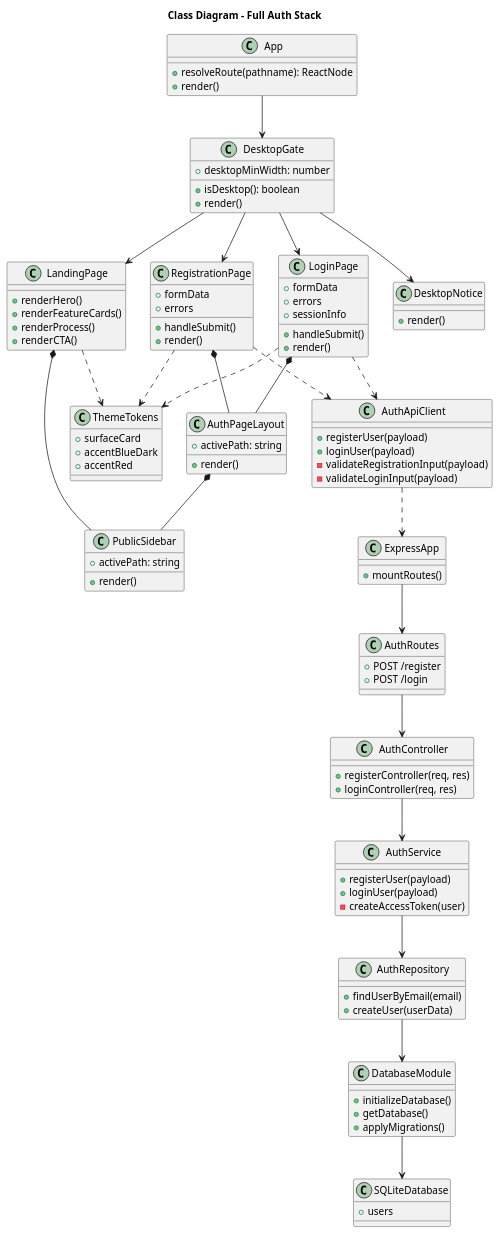
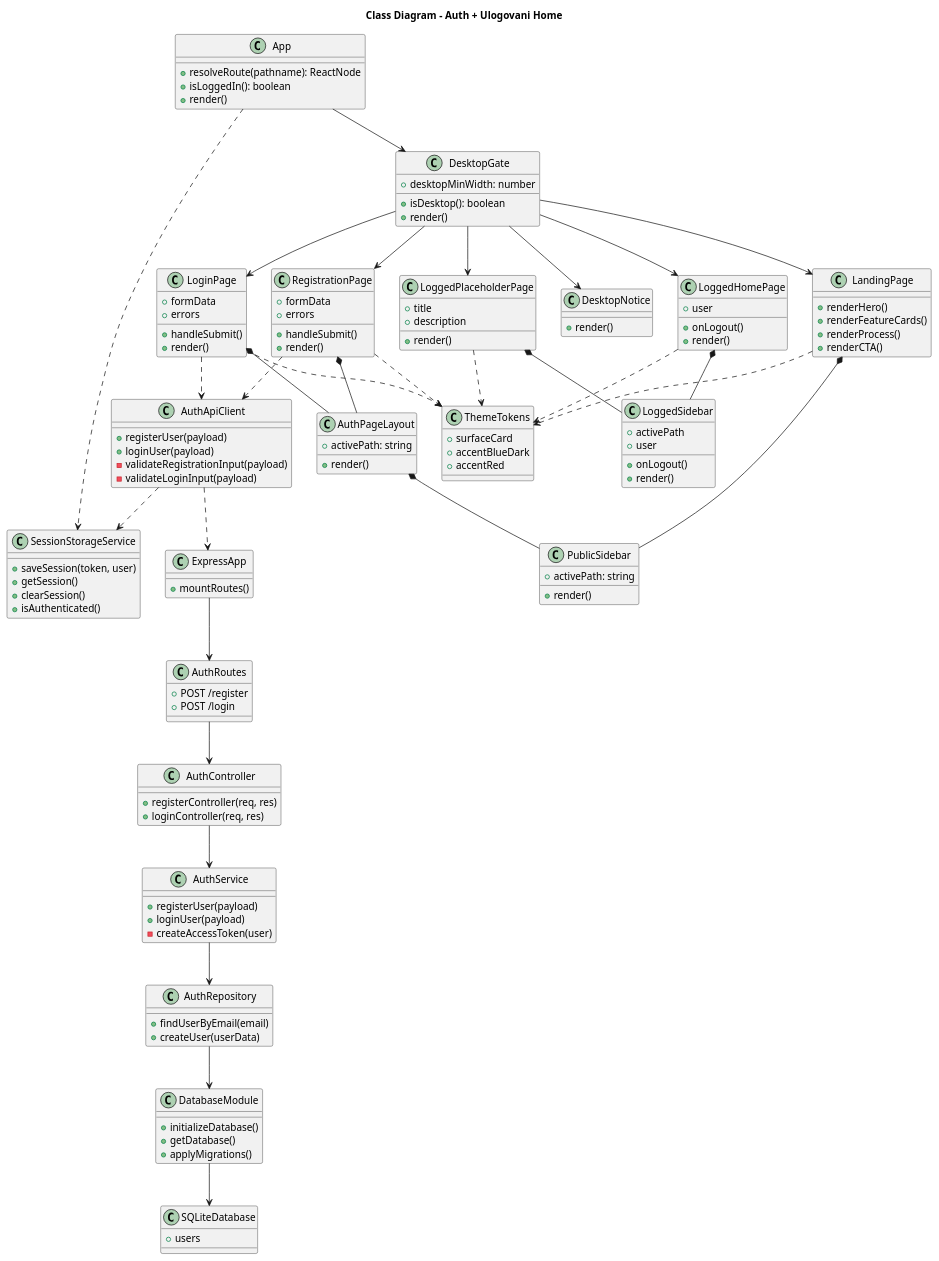
Before and after one commit to bagi002/INSPEKTOR: the diagram in Docs/architecture/class_diagram.puml, drawn with PlantUML. The commit also changed 17 other files, not shown here.

```diff
--- a/Docs/architecture/class_diagram.puml
+++ b/Docs/architecture/class_diagram.puml
@@ -1,124 +1,158 @@
 @startuml Class Diagram
-title Class Diagram - Full Auth Stack
+title Class Diagram - Auth + Ulogovani Home
 
 class App {
   +resolveRoute(pathname): ReactNode
+  +isLoggedIn(): boolean
   +render()
 }
 
 class DesktopGate {
   +desktopMinWidth: number
   +isDesktop(): boolean
   +render()
 }
 
 class LandingPage {
   +renderHero()
   +renderFeatureCards()
   +renderProcess()
   +renderCTA()
 }
 
 class RegistrationPage {
   +formData
   +errors
   +handleSubmit()
   +render()
 }
 
 class LoginPage {
   +formData
   +errors
-  +sessionInfo
   +handleSubmit()
   +render()
 }
 
 class AuthApiClient {
   +registerUser(payload)
   +loginUser(payload)
   -validateRegistrationInput(payload)
   -validateLoginInput(payload)
 }
 
 class AuthPageLayout {
   +activePath: string
   +render()
 }
 
 class PublicSidebar {
   +activePath: string
   +render()
+}
+
+class LoggedHomePage {
+  +user
+  +onLogout()
+  +render()
+}
+
+class LoggedSidebar {
+  +activePath
+  +user
+  +onLogout()
+  +render()
+}
+
+class LoggedPlaceholderPage {
+  +title
+  +description
+  +render()
+}
+
+class SessionStorageService {
+  +saveSession(token, user)
+  +getSession()
+  +clearSession()
+  +isAuthenticated()
 }
 
 class ExpressApp {
   +mountRoutes()
 }
 
 class AuthRoutes {
   +POST /register
   +POST /login
 }
 
 class AuthController {
   +registerController(req, res)
   +loginController(req, res)
 }
 
 class AuthService {
   +registerUser(payload)
   +loginUser(payload)
   -createAccessToken(user)
 }
 
 class AuthRepository {
   +findUserByEmail(email)
   +createUser(userData)
 }
 
 class DatabaseModule {
   +initializeDatabase()
   +getDatabase()
   +applyMigrations()
 }
 
 class SQLiteDatabase {
   +users
 }
 
 class DesktopNotice {
   +render()
 }
 
 class ThemeTokens {
   +surfaceCard
   +accentBlueDark
   +accentRed
 }
 
 App --> DesktopGate
 DesktopGate --> LandingPage
 DesktopGate --> RegistrationPage
 DesktopGate --> LoginPage
+DesktopGate --> LoggedHomePage
+DesktopGate --> LoggedPlaceholderPage
 DesktopGate --> DesktopNotice
 
 LandingPage *-- PublicSidebar
 RegistrationPage *-- AuthPageLayout
 LoginPage *-- AuthPageLayout
 AuthPageLayout *-- PublicSidebar
+LoggedHomePage *-- LoggedSidebar
+LoggedPlaceholderPage *-- LoggedSidebar
 
 RegistrationPage ..> AuthApiClient
 LoginPage ..> AuthApiClient
+App ..> SessionStorageService
+AuthApiClient ..> SessionStorageService
 
 LandingPage ..> ThemeTokens
 RegistrationPage ..> ThemeTokens
 LoginPage ..> ThemeTokens
+LoggedHomePage ..> ThemeTokens
+LoggedPlaceholderPage ..> ThemeTokens
 
 AuthApiClient ..> ExpressApp
 ExpressApp --> AuthRoutes
 AuthRoutes --> AuthController
 AuthController --> AuthService
 AuthService --> AuthRepository
 AuthRepository --> DatabaseModule
 DatabaseModule --> SQLiteDatabase
 @enduml
```
